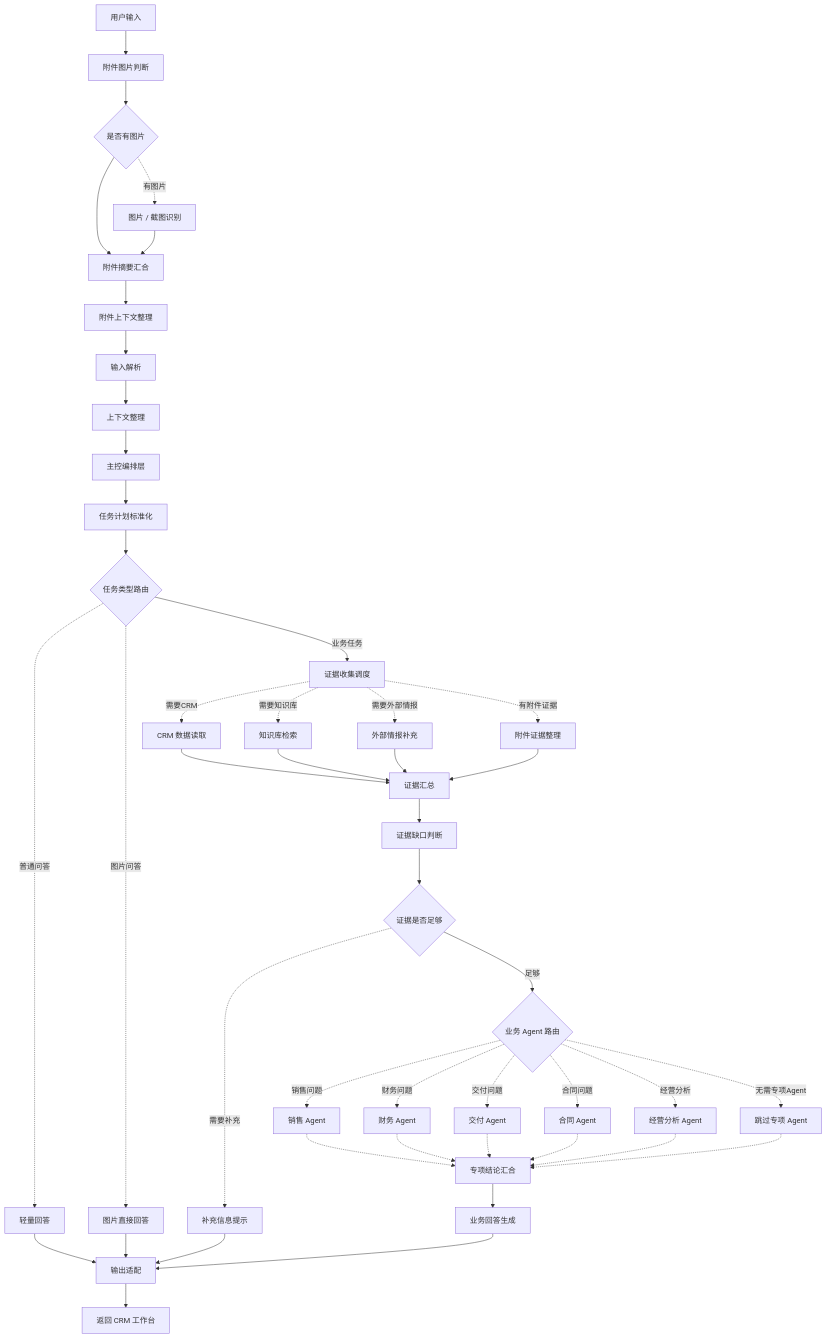
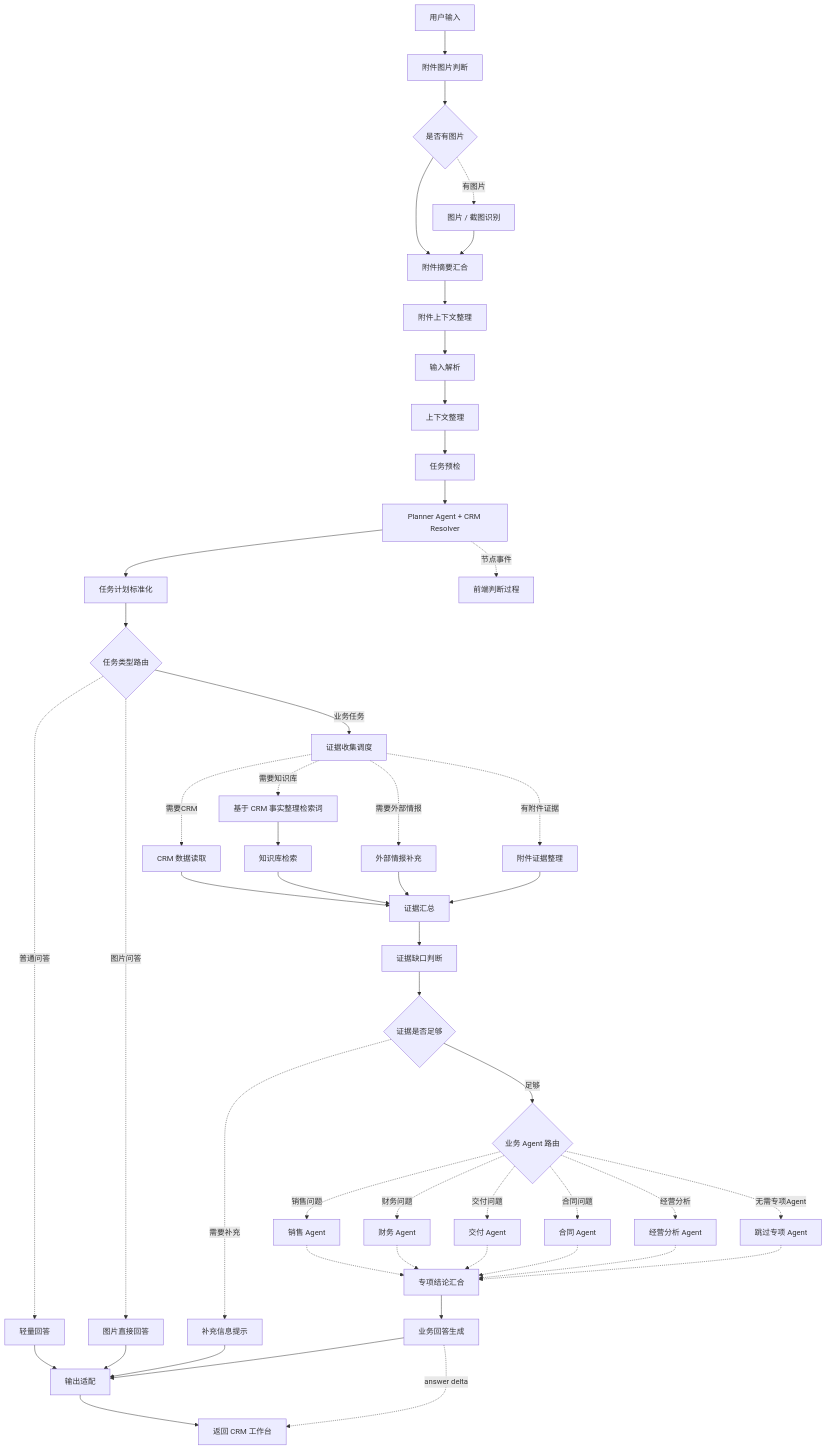
Before and after one commit to ZZQ-bit/multi-agent-crm-assistant: the diagram in README.md, drawn with Mermaid. The commit also changed other lines of this file and 57 other files, not shown here.

````diff
--- a/README.md
+++ b/README.md
@@ -85,54 +91,59 @@
 ```mermaid
 flowchart TD
   A["用户输入"] --> B["附件图片判断"]
   B --> C{"是否有图片"}
   C -. 有图片 .-> D["图片 / 截图识别"]
   C --> E["附件摘要汇合"]
   D --> E
   E --> F["附件上下文整理"]
   F --> G["输入解析"]
   G --> H["上下文整理"]
-  H --> I["主控编排层"]
-  I --> J["任务计划标准化"]
-  J --> K{"任务类型路由"}
+  H --> I["任务预检"]
+  I --> J["Planner Agent + CRM Resolver"]
+  J --> JA["任务计划标准化"]
+  JA --> K{"任务类型路由"}
 
   K -. 普通问答 .-> L["轻量回答"]
   K -. 图片问答 .-> M["图片直接回答"]
   K -->|"业务任务"| N["证据收集调度"]
 
   N -. 需要CRM .-> O["CRM 数据读取"]
-  N -. 需要知识库 .-> P["知识库检索"]
+  N -. 需要知识库 .-> P["基于 CRM 事实整理检索词"]
+  P --> PA["知识库检索"]
   N -. 需要外部情报 .-> Q["外部情报补充"]
   N -. 有附件证据 .-> R["附件证据整理"]
 
   O --> S["证据汇总"]
-  P --> S
+  PA --> S
   Q --> S
   R --> S
 
   S --> T["证据缺口判断"]
   T --> U{"证据是否足够"}
   U -. 需要补充 .-> V["补充信息提示"]
   U -->|"足够"| W{"业务 Agent 路由"}
 
   W -. 销售问题 .-> X["销售 Agent"]
   W -. 财务问题 .-> Y["财务 Agent"]
   W -. 交付问题 .-> Z["交付 Agent"]
   W -. 合同问题 .-> AA["合同 Agent"]
   W -. 经营分析 .-> AB["经营分析 Agent"]
   W -. 无需专项Agent .-> AC["跳过专项 Agent"]
 
   X -.-> AD["专项结论汇合"]
   Y -.-> AD
   Z -.-> AD
   AA -.-> AD
   AB -.-> AD
   AC -.-> AD
 
   AD --> AE["业务回答生成"]
   L --> AF["输出适配"]
   M --> AF
   V --> AF
   AE --> AF
   AF --> AG["返回 CRM 工作台"]
+
+  J -. 节点事件 .-> AH["前端判断过程"]
+  AE -. answer delta .-> AG
 ```
````
